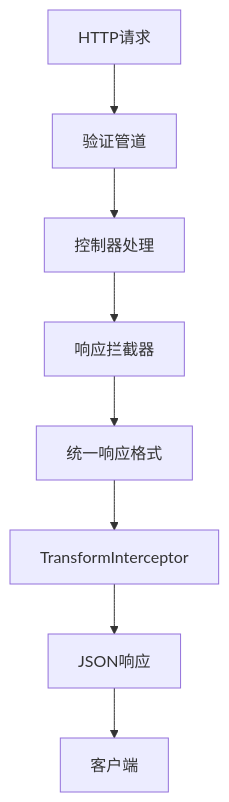
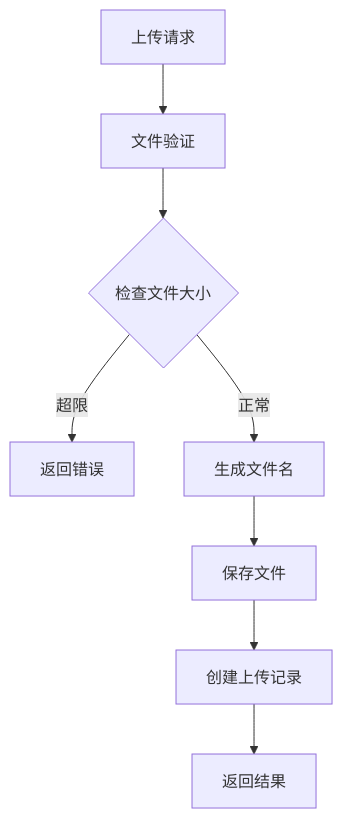
One commit to lsqwawa/free-dress changed the eighth of 11 diagrams in .qoder/repowiki/zh/content/后端开发指南/后端开发指南.md. Above: the diagram before and after it, drawn with Mermaid. The commit also changed other lines of this file and 74 other files, not shown here.

````diff
--- a/.qoder/repowiki/zh/content/后端开发指南/后端开发指南.md
+++ b/.qoder/repowiki/zh/content/后端开发指南/后端开发指南.md
@@ -439,10 +459,10 @@
 ```mermaid
 flowchart TD
-Request[HTTP请求] --> Validation[验证管道]
-Validation --> Controller[控制器处理]
-Controller --> Interceptor[响应拦截器]
-Interceptor --> Response[统一响应格式]
-Response --> Transform[TransformInterceptor]
-Transform --> JSON[JSON响应]
-JSON --> Client[客户端]
+UploadRequest[上传请求] --> ValidateFile[文件验证]
+ValidateFile --> CheckSize{检查文件大小}
+CheckSize --> |超限| Error[返回错误]
+CheckSize --> |正常| GenerateName[生成文件名]
+GenerateName --> SaveFile[保存文件]
+SaveFile --> CreateRecord[创建上传记录]
+CreateRecord --> ReturnResult[返回结果]
 ```
````
